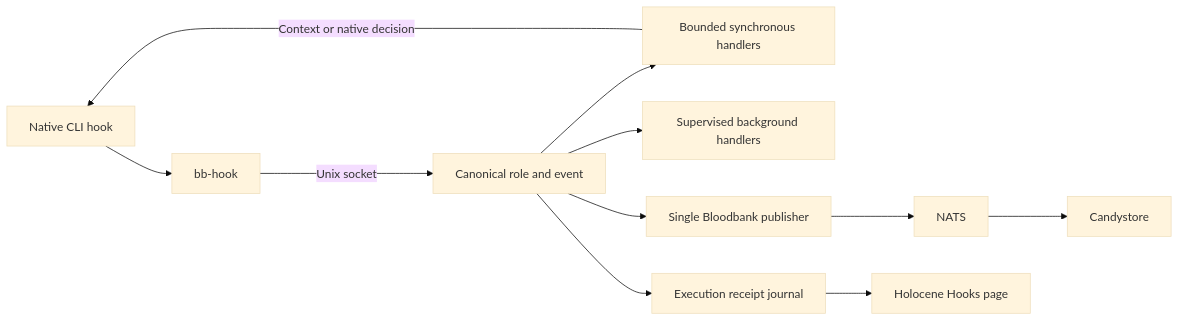
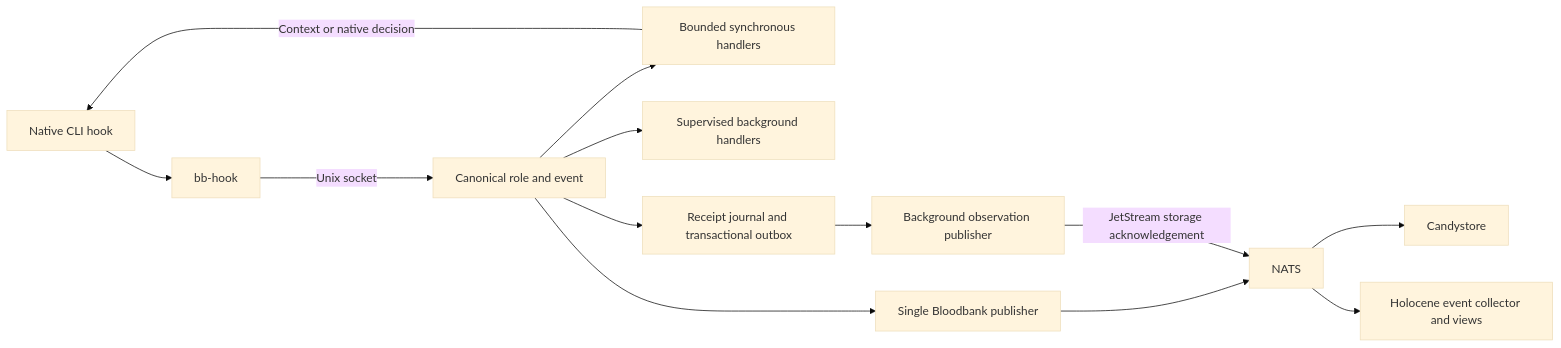
Before and after one commit to delorenj/bloodbank: the diagram in services/hook-hub/README.md, drawn with Mermaid (base theme). The commit also changed other lines of this file and 12 other files, not shown here.

Commit message:
feat(hooks): publish durable observation facts through Bloodbank

````diff
--- a/services/hook-hub/README.md
+++ b/services/hook-hub/README.md
@@ -9,13 +9,15 @@
 ```mermaid
 flowchart LR
   CLI[Native CLI hook] --> Client[bb-hook]
   Client -->|Unix socket| Hub[Canonical role and event]
   Hub --> Sync[Bounded synchronous handlers]
   Sync -->|Context or native decision| CLI
   Hub --> Async[Supervised background handlers]
   Hub --> Publish[Single Bloodbank publisher]
   Publish --> NATS[NATS]
   NATS --> Candystore[Candystore]
-  Hub --> Journal[Execution receipt journal]
-  Journal --> Holocene[Holocene Hooks page]
+  Hub --> Journal[Receipt journal and transactional outbox]
+  Journal --> Facts[Background observation publisher]
+  Facts -->|JetStream storage acknowledgement| NATS
+  NATS --> Holocene[Holocene event collector and views]
 ```
````
